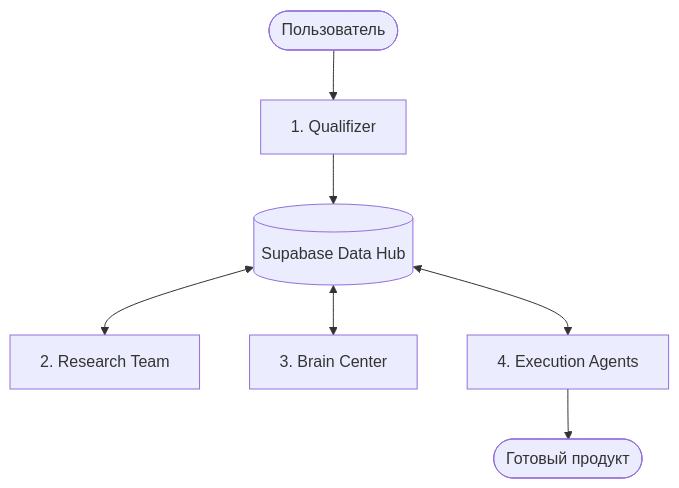
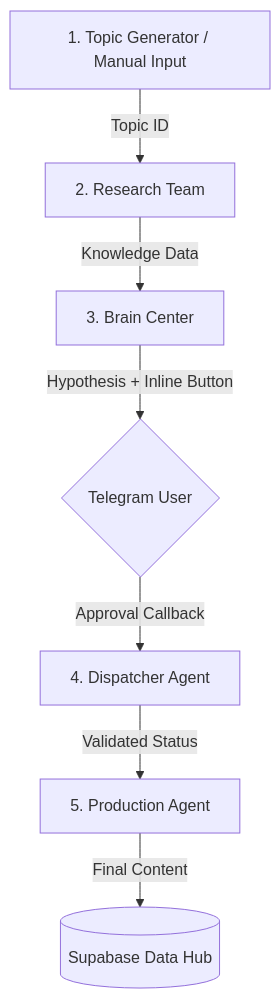
The diagram in DOCUMENTS/architecture.md (hookahstreetmi-tech/my-first-project), drawn with Mermaid before and after one commit. The commit also changed other lines of this file and 3 other files, not shown here.

````diff
--- a/DOCUMENTS/architecture.md
+++ b/DOCUMENTS/architecture.md
@@ -10,9 +10,9 @@
 ```mermaid
 graph TD
-    User([Пользователь]) --> Q[1. Qualifizer]
-    Q --> DB[(Supabase Data Hub)]
-    DB <--> R[2. Research Team]
-    DB <--> B[3. Brain Center]
-    DB <--> E[4. Execution Agents]
-    E --> Final([Готовый продукт])
+    Trigger[1. Topic Generator / Manual Input] -->|Topic ID| Research[2. Research Team]
+    Research -->|Knowledge Data| Brain[3. Brain Center]
+    Brain -->|Hypothesis + Inline Button| TG{Telegram User}
+    TG -->|Approval Callback| Dispatch[4. Dispatcher Agent]
+    Dispatch -->|Validated Status| Prod[5. Production Agent]
+    Prod -->|Final Content| DB[(Supabase Data Hub)]
 ```
````
